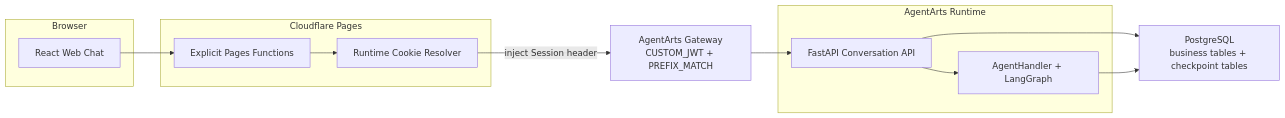
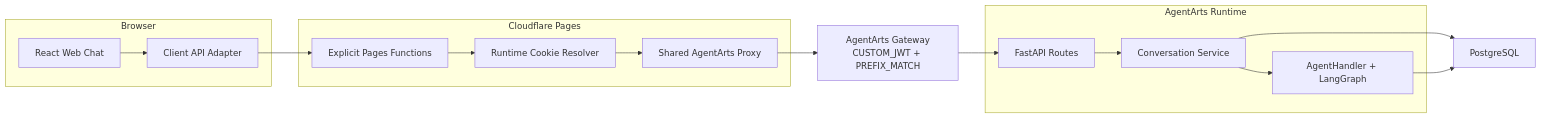
One commit to T-1009/personal-assistant changed the first of 3 diagrams in personal-assistant-meta/issues/features/feature-14-multi-session-runtime-prewarm/plan.md. Above: the diagram before and after it, drawn with Mermaid. The commit also changed other lines of this file and 4 other files, not shown here.

````diff
--- a/personal-assistant-meta/issues/features/feature-14-multi-session-runtime-prewarm/plan.md
+++ b/personal-assistant-meta/issues/features/feature-14-multi-session-runtime-prewarm/plan.md
@@ -65,28 +45,31 @@
 ```mermaid
 flowchart LR
     subgraph Browser["Browser"]
         UI["React Web Chat"]
+        Adapter["Client API Adapter"]
     end
 
     subgraph Cloudflare["Cloudflare Pages"]
         Routes["Explicit Pages Functions"]
         Resolver["Runtime Cookie Resolver"]
+        Proxy["Shared AgentArts Proxy"]
     end
 
-    GW["AgentArts Gateway<br/>CUSTOM_JWT + PREFIX_MATCH"]
+    Gateway["AgentArts Gateway<br/>CUSTOM_JWT + PREFIX_MATCH"]
 
     subgraph Runtime["AgentArts Runtime"]
-        API["FastAPI Conversation API"]
+        RoutesAPI["FastAPI Routes"]
+        ConversationService["Conversation Service"]
         Agent["AgentHandler + LangGraph"]
     end
 
-    DB["PostgreSQL<br/>business tables + checkpoint tables"]
+    DB["PostgreSQL"]
 
-    UI --> Routes
-    Routes --> Resolver
-    Resolver -->|"inject Session header"| GW
-    GW --> API
-    API --> DB
-    API --> Agent
+    UI --> Adapter --> Routes
+    Routes --> Resolver --> Proxy --> Gateway
+    Gateway --> RoutesAPI
+    RoutesAPI --> ConversationService
+    ConversationService --> DB
+    ConversationService --> Agent
     Agent --> DB
 ```
````
